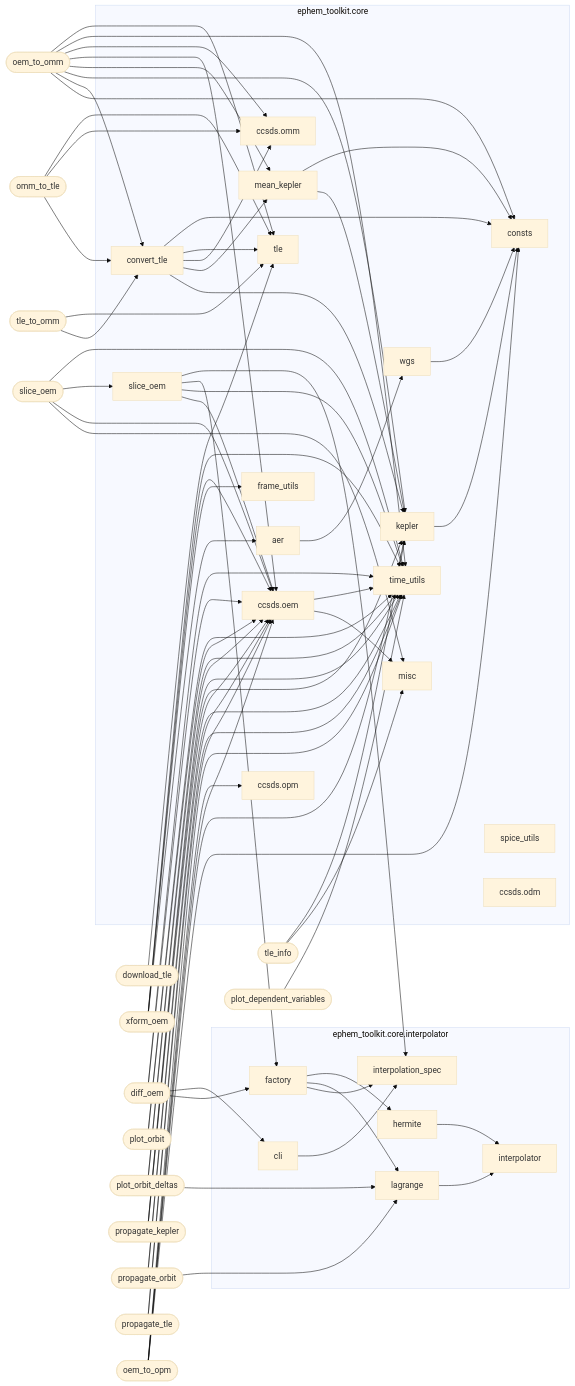
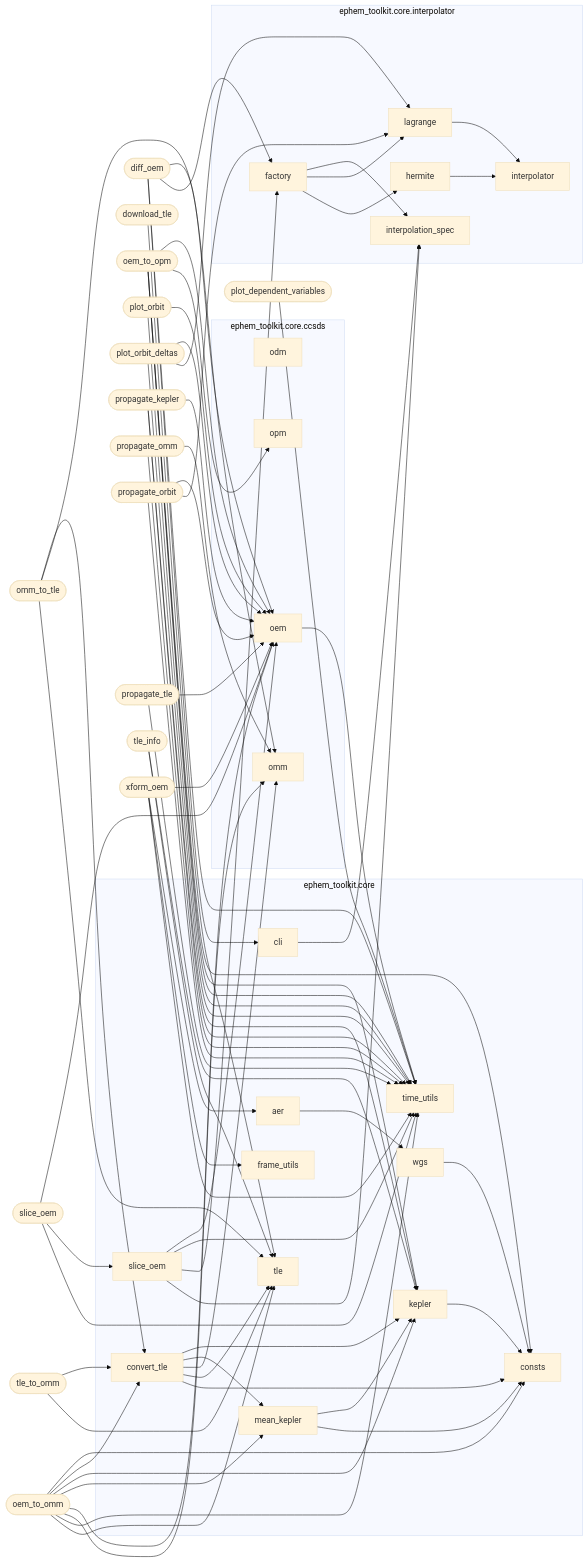
The diagram in docs/python_module_dependency_graph.mmd (jeongyunl/ephem-toolkit), drawn with Mermaid (base theme) before and after one commit. The commit also changed 2 other files, not shown here.

Commit message:
Update documentation: Enhance OPM format descriptions and update data flow diagrams to reflect current command set and data formats

```diff
--- a/docs/python_module_dependency_graph.mmd
+++ b/docs/python_module_dependency_graph.mmd
@@ -1,128 +1,130 @@
 ---
 config:
   flowchart:
     curve: basis
 ---
 graph LR
 
 %% Internal Python module dependencies under ephem_toolkit namespace
 %% Standalone scripts use stadium shape ([...])
 %% Library modules use default rectangle shape [...]
-%% Updated 2026-08-11 to reflect src/ephem_toolkit/ structure
+%% Updated to match the current packages and CLI entry points.
 
     subgraph core["ephem_toolkit.core"]
         mod_core_aer[aer]
-        mod_core_misc[misc]
         mod_core_consts[consts]
         mod_core_convert_tle[convert_tle]
         mod_core_frame_utils[frame_utils]
         mod_core_kepler[kepler]
         mod_core_mean_kepler[mean_kepler]
-        mod_core_spice_utils[spice_utils]
-        mod_core_odm[ccsds.odm]
-        mod_core_oem[ccsds.oem]
-        mod_core_opm[ccsds.opm]
-        mod_core_omm[ccsds.omm]
         mod_core_slice_oem[slice_oem]
         mod_core_time_utils[time_utils]
         mod_core_tle[tle]
         mod_core_wgs[wgs]
+        mod_core_cli[cli]
+    end
+
+    subgraph ccsds["ephem_toolkit.core.ccsds"]
+        mod_core_odm[odm]
+        mod_core_oem[oem]
+        mod_core_opm[opm]
+        mod_core_omm[omm]
     end
 
     subgraph interpolator["ephem_toolkit.core.interpolator"]
         mod_interpolator_interpolator[interpolator]
         mod_interpolator_lagrange[lagrange]
         mod_interpolator_hermite[hermite]
         mod_interpolator_spec[interpolation_spec]
         mod_interpolator_factory[factory]
-        mod_core_cli[cli]
     end
 
+    mod_util_diff_oem([diff_oem])
     mod_util_download_tle([download_tle])
-    mod_util_xform_oem([xform_oem])
+    mod_util_oem_to_omm([oem_to_omm])
+    mod_util_oem_to_opm([oem_to_opm])
     mod_util_omm_to_tle([omm_to_tle])
-    mod_util_slice_oem([slice_oem])
-    mod_util_tle_info([tle_info])
-    mod_util_tle_to_omm([tle_to_omm])
-    mod_util_diff_oem([diff_oem])
     mod_util_plot_orbit([plot_orbit])
     mod_util_plot_orbit_deltas([plot_orbit_deltas])
     mod_util_plot_dep_vars([plot_dependent_variables])
     mod_util_propagate_kepler([propagate_kepler])
+    mod_util_propagate_omm([propagate_omm])
     mod_util_propagate_orbit([propagate_orbit])
     mod_util_propagate_tle([propagate_tle])
-    mod_util_oem_to_opm([oem_to_opm])
-    mod_util_oem_to_omm([oem_to_omm])
+    mod_util_slice_oem([slice_oem])
+    mod_util_tle_info([tle_info])
+    mod_util_tle_to_omm([tle_to_omm])
+    mod_util_xform_oem([xform_oem])
 
     %% ===== Core library internal edges =====
     mod_core_aer --> mod_core_wgs
     mod_core_convert_tle --> mod_core_kepler
     mod_core_convert_tle --> mod_core_mean_kepler
     mod_core_convert_tle --> mod_core_omm
     mod_core_convert_tle --> mod_core_tle
     mod_core_convert_tle --> mod_core_consts
     mod_core_kepler --> mod_core_consts
     mod_core_mean_kepler --> mod_core_kepler
     mod_core_mean_kepler --> mod_core_consts
-    mod_core_oem --> mod_core_misc
     mod_core_oem --> mod_core_time_utils
     mod_core_slice_oem --> mod_core_oem
     mod_core_slice_oem --> mod_core_time_utils
     mod_core_slice_oem --> mod_interpolator_factory
     mod_core_slice_oem --> mod_interpolator_spec
     mod_core_wgs --> mod_core_consts
     mod_interpolator_lagrange --> mod_interpolator_interpolator
     mod_interpolator_hermite --> mod_interpolator_interpolator
     mod_interpolator_factory --> mod_interpolator_spec
     mod_interpolator_factory --> mod_interpolator_lagrange
     mod_interpolator_factory --> mod_interpolator_hermite
     mod_core_cli --> mod_interpolator_spec
 
     %% ===== Utility module edges to core =====
     mod_util_xform_oem --> mod_core_aer
     mod_util_xform_oem --> mod_core_frame_utils
     mod_util_xform_oem --> mod_core_oem
     mod_util_xform_oem --> mod_core_time_utils
     mod_util_omm_to_tle --> mod_core_convert_tle
     mod_util_omm_to_tle --> mod_core_omm
     mod_util_omm_to_tle --> mod_core_tle
-    mod_util_slice_oem --> mod_core_misc
     mod_util_slice_oem --> mod_core_oem
     mod_util_slice_oem --> mod_core_slice_oem
     mod_util_slice_oem --> mod_core_time_utils
-    mod_util_tle_info --> mod_core_misc
     mod_util_tle_info --> mod_core_kepler
+    mod_util_tle_info --> mod_core_tle
     mod_util_tle_to_omm --> mod_core_convert_tle
     mod_util_tle_to_omm --> mod_core_tle
     mod_util_diff_oem --> mod_core_oem
     mod_util_diff_oem --> mod_core_time_utils
     mod_util_diff_oem --> mod_interpolator_factory
     mod_util_diff_oem --> mod_core_cli
     mod_util_plot_orbit --> mod_core_oem
     mod_util_plot_orbit --> mod_core_time_utils
     mod_util_plot_orbit_deltas --> mod_core_oem
     mod_util_plot_orbit_deltas --> mod_core_time_utils
     mod_util_plot_orbit_deltas --> mod_interpolator_lagrange
     mod_util_plot_dep_vars --> mod_core_time_utils
     mod_util_propagate_kepler --> mod_core_oem
     mod_util_propagate_kepler --> mod_core_kepler
     mod_util_propagate_kepler --> mod_core_time_utils
+    mod_util_propagate_omm --> mod_core_omm
+    mod_util_propagate_omm --> mod_core_time_utils
     mod_util_propagate_orbit --> mod_core_oem
     mod_util_propagate_orbit --> mod_core_time_utils
     mod_util_propagate_orbit --> mod_interpolator_lagrange
     mod_util_propagate_tle --> mod_core_oem
     mod_util_propagate_tle --> mod_core_time_utils
     mod_util_oem_to_opm --> mod_core_consts
     mod_util_oem_to_opm --> mod_core_kepler
     mod_util_oem_to_opm --> mod_core_oem
     mod_util_oem_to_opm --> mod_core_opm
     mod_util_oem_to_opm --> mod_core_time_utils
     mod_util_oem_to_omm --> mod_core_consts
     mod_util_oem_to_omm --> mod_core_convert_tle
     mod_util_oem_to_omm --> mod_core_kepler
     mod_util_oem_to_omm --> mod_core_mean_kepler
     mod_util_oem_to_omm --> mod_core_oem
     mod_util_oem_to_omm --> mod_core_omm
     mod_util_oem_to_omm --> mod_core_time_utils
     mod_util_oem_to_omm --> mod_core_tle
     mod_util_download_tle --> mod_core_tle
```
